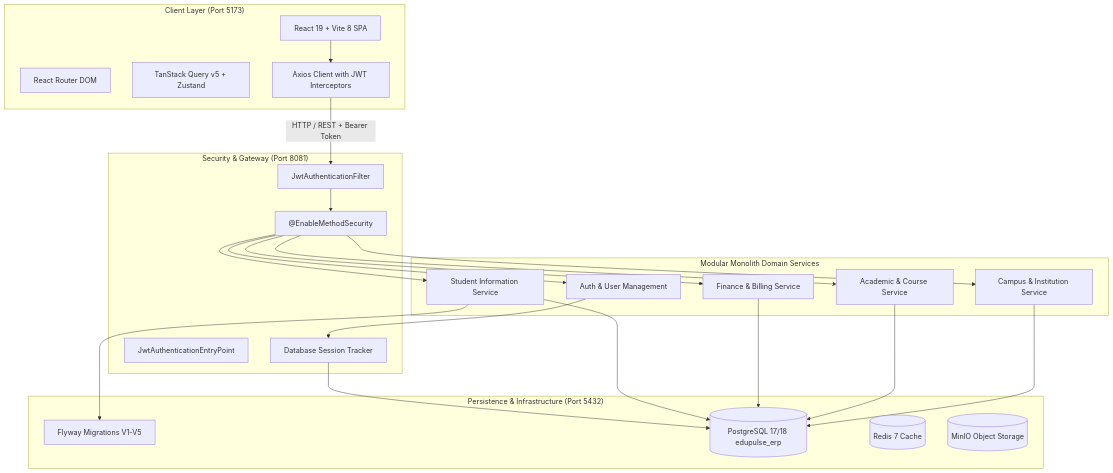
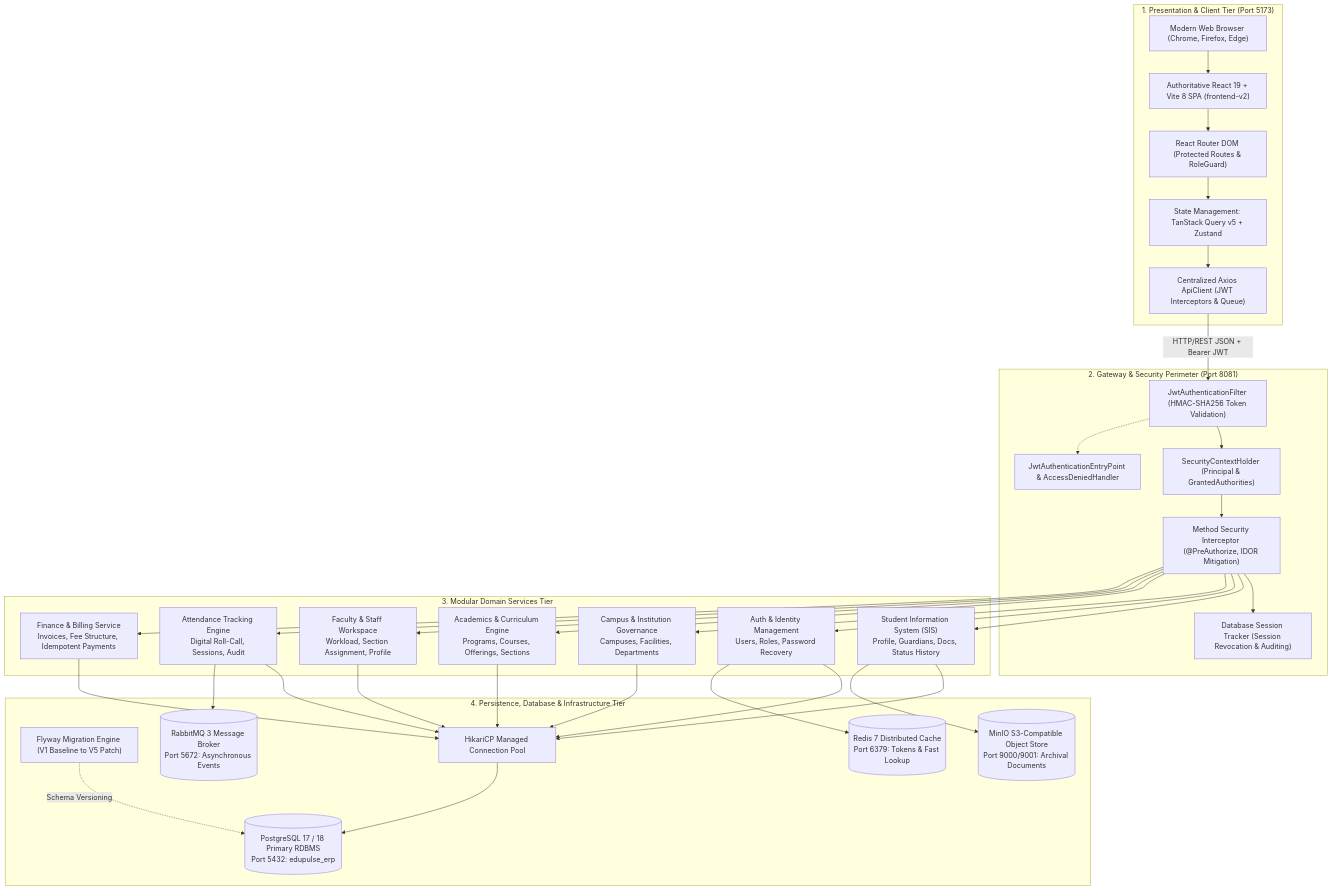
The first of 7 diagrams in README.md (2204Zero/Institutioanl_ERP_v1.0), drawn with Mermaid before and after one commit. The commit also changed other lines of this file and 10 other files, not shown here.

````diff
--- a/README.md
+++ b/README.md
@@ -455,47 +458,67 @@
 ```mermaid
 graph TB
-    subgraph ClientLayer ["Client Layer (Port 5173)"]
-        UI["React 19 + Vite 8 SPA"]
-        Router["React Router DOM"]
-        State["TanStack Query v5 + Zustand"]
-        Client["Axios Client with JWT Interceptors"]
+    subgraph ClientLayer ["1. Presentation & Client Tier (Port 5173)"]
+        Browser["Modern Web Browser (Chrome, Firefox, Edge)"]
+        UI["Authoritative React 19 + Vite 8 SPA (frontend-v2)"]
+        Router["React Router DOM (Protected Routes & RoleGuard)"]
+        State["State Management: TanStack Query v5 + Zustand"]
+        Client["Centralized Axios ApiClient (JWT Interceptors & Queue)"]
+        Browser --> UI
+        UI --> Router
+        Router --> State
+        State --> Client
     end
 
-    subgraph SecurityLayer ["Security & Gateway (Port 8081)"]
-        Filter["JwtAuthenticationFilter"]
-        Entry["JwtAuthenticationEntryPoint"]
-        MethodSec["@EnableMethodSecurity"]
-        SessionMgr["Database Session Tracker"]
+    subgraph GatewayLayer ["2. Gateway & Security Perimeter (Port 8081)"]
+        Filter["JwtAuthenticationFilter (HMAC-SHA256 Token Validation)"]
+        Entry["JwtAuthenticationEntryPoint & AccessDeniedHandler"]
+        SecContext["SecurityContextHolder (Principal & GrantedAuthorities)"]
+        MethodSec["Method Security Interceptor (@PreAuthorize, IDOR Mitigation)"]
+        SessionMgr["Database Session Tracker (Session Revocation & Auditing)"]
+        Client -->|"HTTP/REST JSON + Bearer JWT"| Filter
+        Filter --> SecContext
+        Filter -.-> Entry
+        SecContext --> MethodSec
+        MethodSec --> SessionMgr
     end
 
-    subgraph ServiceLayer ["Modular Monolith Domain Services"]
-        SIS["Student Information Service"]
-        AuthSvc["Auth & User Management"]
-        CampusSvc["Campus & Institution Service"]
-        AcadSvc["Academic & Course Service"]
-        FinSvc["Finance & Billing Service"]
+    subgraph DomainLayer ["3. Modular Domain Services Tier"]
+        SIS["Student Information System (SIS)<br/>Profile, Guardians, Docs, Status History"]
+        AuthSvc["Auth & Identity Management<br/>Users, Roles, Password Recovery"]
+        CampusSvc["Campus & Institution Governance<br/>Campuses, Facilities, Departments"]
+        AcadSvc["Academics & Curriculum Engine<br/>Programs, Courses, Offerings, Sections"]
+        FacultySvc["Faculty & Staff Workspace<br/>Workload, Section Assignment, Profile"]
+        AttendanceSvc["Attendance Tracking Engine<br/>Digital Roll-Call, Sessions, Audit"]
+        FinSvc["Finance & Billing Service<br/>Invoices, Fee Structure, Idempotent Payments"]
+        MethodSec --> SIS
+        MethodSec --> AuthSvc
+        MethodSec --> CampusSvc
+        MethodSec --> AcadSvc
+        MethodSec --> FacultySvc
+        MethodSec --> AttendanceSvc
+        MethodSec --> FinSvc
     end
 
-    subgraph PersistenceLayer ["Persistence & Infrastructure (Port 5432)"]
-        Flyway["Flyway Migrations V1-V5"]
-        Postgres[("PostgreSQL 17/18 edupulse_erp")]
-        Redis[("Redis 7 Cache")]
-        MinIO[("MinIO Object Storage")]
+    subgraph PersistenceLayer ["4. Persistence, Database & Infrastructure Tier"]
+        Flyway["Flyway Migration Engine (V1 Baseline to V5 Patch)"]
+        HikariCP["HikariCP Managed Connection Pool"]
+        Postgres[("PostgreSQL 17 / 18 Primary RDBMS<br/>Port 5432: edupulse_erp")]
+        Redis[("Redis 7 Distributed Cache<br/>Port 6379: Tokens & Fast Lookup")]
+        RabbitMQ[("RabbitMQ 3 Message Broker<br/>Port 5672: Asynchronous Events")]
+        MinIO[("MinIO S3-Compatible Object Store<br/>Port 9000/9001: Archival Documents")]
+
+        SIS --> HikariCP
+        AuthSvc --> HikariCP
+        CampusSvc --> HikariCP
+        AcadSvc --> HikariCP
+        FacultySvc --> HikariCP
+        AttendanceSvc --> HikariCP
+        FinSvc --> HikariCP
+
+        HikariCP --> Postgres
+        Flyway -.->|Schema Versioning| Postgres
+        AuthSvc --> Redis
+        AttendanceSvc --> RabbitMQ
+        SIS --> MinIO
     end
-
-    UI --> Client
-    Client -->|"HTTP / REST + Bearer Token"| Filter
-    Filter --> MethodSec
-    MethodSec --> SIS
-    MethodSec --> AuthSvc
-    MethodSec --> CampusSvc
-    MethodSec --> AcadSvc
-    MethodSec --> FinSvc
-    SIS --> Flyway
-    AuthSvc --> SessionMgr
-    SessionMgr --> Postgres
-    SIS --> Postgres
-    FinSvc --> Postgres
-    AcadSvc --> Postgres
-    CampusSvc --> Postgres
 ```
````
